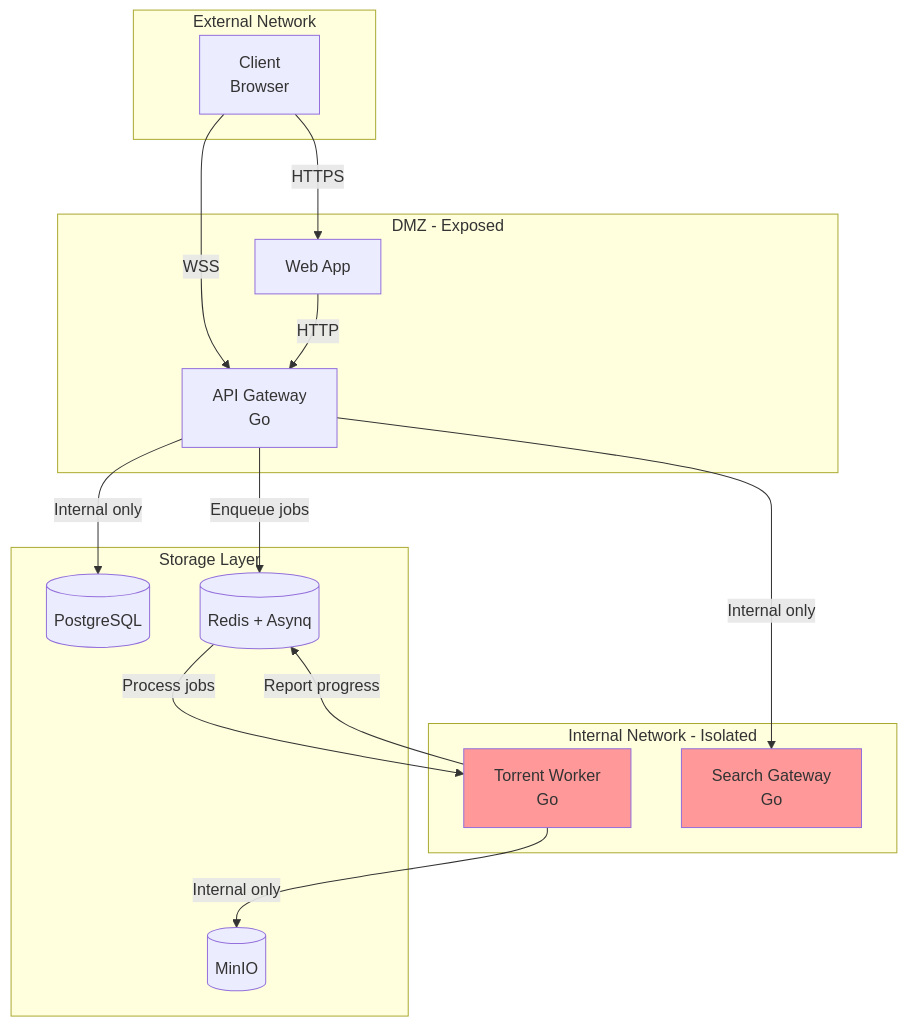
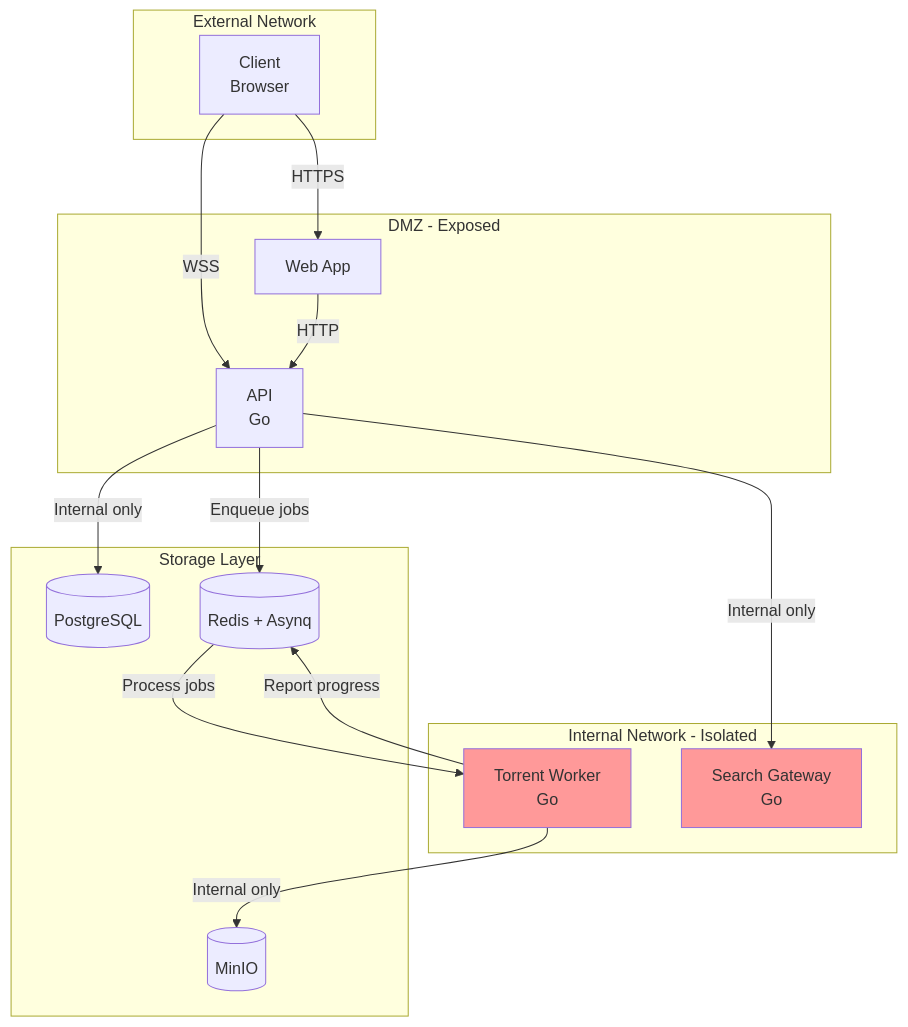
Before and after one commit to artumont/dotslashstream: the first of 7 diagrams in docs/architecture.md, drawn with Mermaid. The commit also changed other lines of this file and 3 other files, not shown here.

Commit message:
docs: change api-gateway refs to instead be api

````diff
--- a/docs/architecture.md
+++ b/docs/architecture.md
@@ -20,37 +20,37 @@
 ```mermaid
 graph TB
     subgraph "External Network"
         Client[Client<br/>Browser]
     end
     
     subgraph "DMZ - Exposed"
         Web[Web App]
-        API[API Gateway<br/>Go]
+        API[API<br/>Go]
     end
     
     subgraph "Internal Network - Isolated"
         Worker[Torrent Worker<br/>Go]
         Search[Search Gateway<br/>Go]
     end
     
     subgraph "Storage Layer"
         DB[(PostgreSQL)]
         Queue[(Redis + Asynq)]
         S3[(MinIO)]
     end
     
     Client -->|HTTPS| Web
     Client -->|WSS| API
     Web -->|HTTP| API
     
     API -->|Enqueue jobs| Queue
     API -->|Internal only| DB
     API -->|Internal only| Search
     
     Queue -->|Process jobs| Worker
     Worker -->|Internal only| S3
     Worker -->|Report progress| Queue
     
     style Worker fill:#ff9999
     style Search fill:#ff9999
 ```
````
